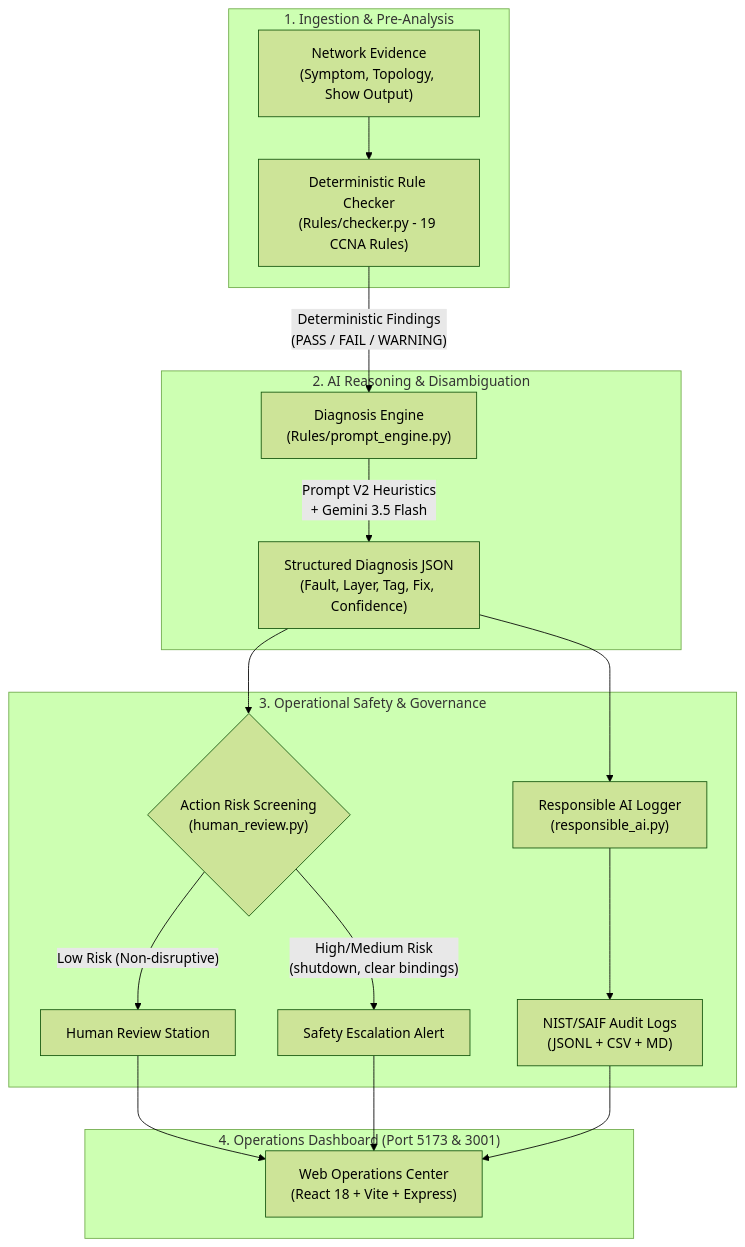
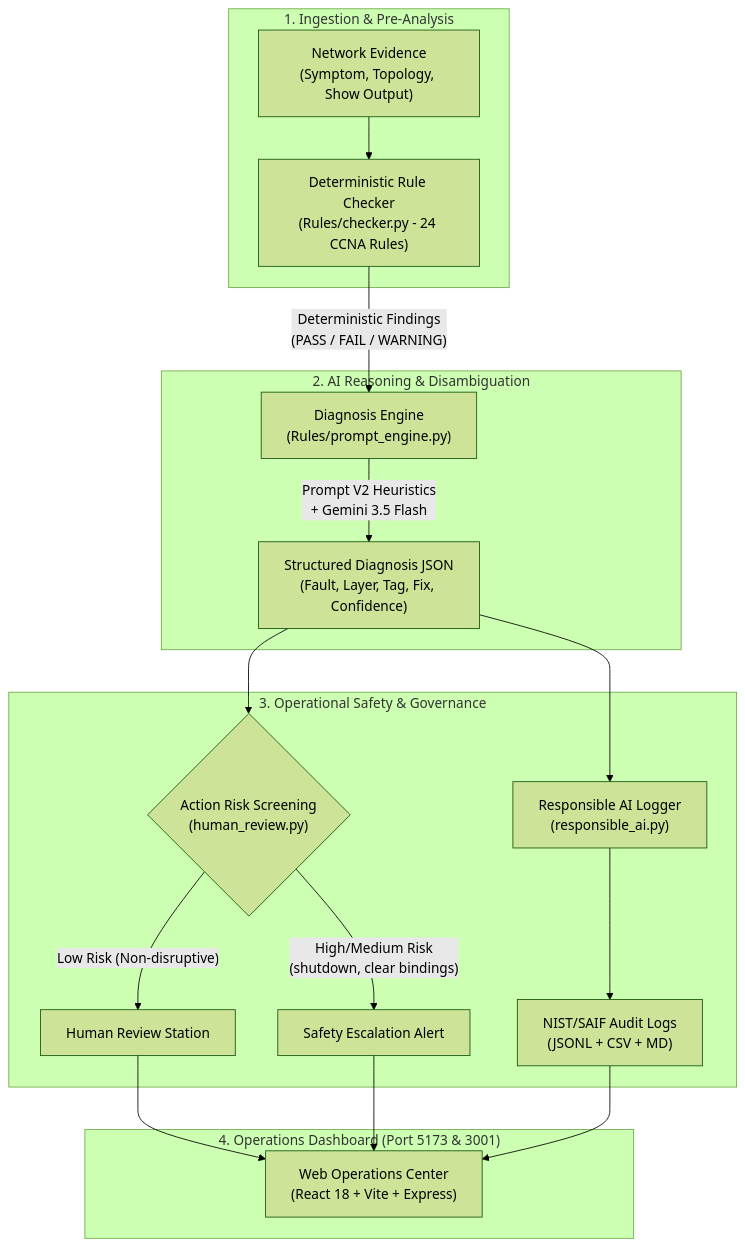
One commit to Shiva-Altruistic/NetSage-AI changed the diagram in README.md. Above: the diagram before and after it, drawn with Mermaid (forest theme). The commit also changed other lines of this file, not shown here.

Commit message:
docs: Update stale 19 rules references to 24 rules in README.md

````diff
--- a/README.md
+++ b/README.md
@@ -30,25 +30,25 @@
 ```mermaid
 flowchart TD
     subgraph INGESTION["1. Ingestion & Pre-Analysis"]
-        A["Network Evidence\n(Symptom, Topology, Show Output)"] --> B["Deterministic Rule Checker\n(Rules/checker.py - 19 CCNA Rules)"]
+        A["Network Evidence\n(Symptom, Topology, Show Output)"] --> B["Deterministic Rule Checker\n(Rules/checker.py - 24 CCNA Rules)"]
     end
 
     subgraph INFERENCE["2. AI Reasoning & Disambiguation"]
         B -->|"Deterministic Findings\n(PASS / FAIL / WARNING)"| C["Diagnosis Engine\n(Rules/prompt_engine.py)"]
         C -->|"Prompt V2 Heuristics\n+ Gemini 3.5 Flash"| D["Structured Diagnosis JSON\n(Fault, Layer, Tag, Fix, Confidence)"]
     end
 
     subgraph GOVERNANCE["3. Operational Safety & Governance"]
         D --> E{"Action Risk Screening\n(human_review.py)"}
         E -->|"Low Risk (Non-disruptive)"| F["Human Review Station"]
         E -->|"High/Medium Risk\n(shutdown, clear bindings)"| G["Safety Escalation Alert"]
         D --> H["Responsible AI Logger\n(responsible_ai.py)"]
         H --> I["NIST/SAIF Audit Logs\n(JSONL + CSV + MD)"]
     end
 
     subgraph VISUALIZATION["4. Operations Dashboard (Port 5173 & 3001)"]
         F --> J["Web Operations Center\n(React 18 + Vite + Express)"]
         G --> J
         I --> J
     end
 ```
````
